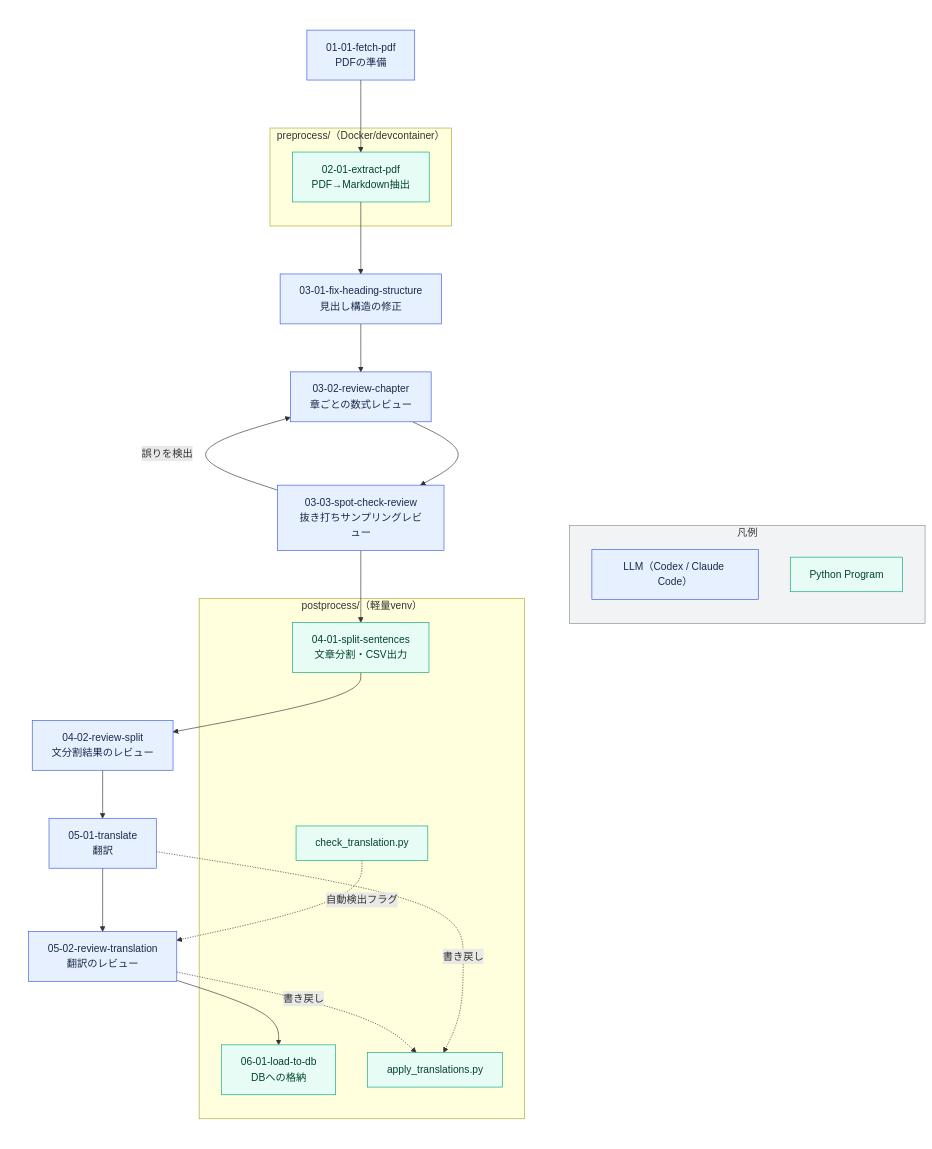
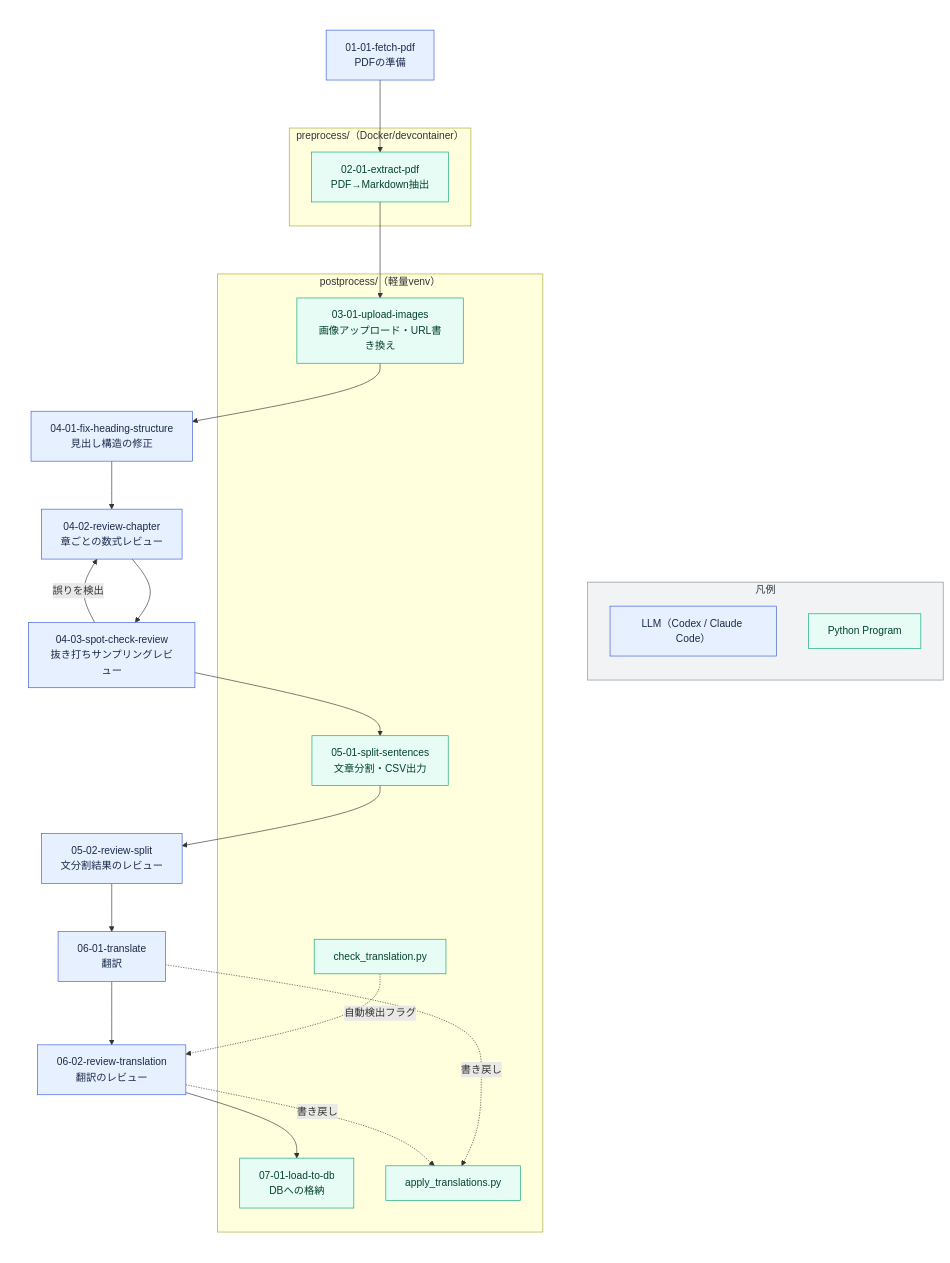
One commit to uk-lock/paper-reader changed the diagram in docs/01_workflow.md. Above: the diagram before and after it, drawn with Mermaid. The commit also changed other lines of this file and 50 other files, not shown here.

First line of the commit message:
図表画像のGoogle Driveアップロード・URL書き換えパイプラインを追加

````diff
--- a/docs/01_workflow.md
+++ b/docs/01_workflow.md
@@ -16,43 +16,45 @@
 ```mermaid
 flowchart LR
     subgraph pipeline[" "]
         direction TB
         S1["01-01-fetch-pdf<br/>PDFの準備"]:::llm --> S2["02-01-extract-pdf<br/>PDF→Markdown抽出"]:::prog
-        S2 --> S3["03-01-fix-heading-structure<br/>見出し構造の修正"]:::llm
-        S3 --> S4["03-02-review-chapter<br/>章ごとの数式レビュー"]:::llm
-        S4 --> S5["03-03-spot-check-review<br/>抜き打ちサンプリングレビュー"]:::llm
-        S5 -- 誤りを検出 --> S4
-        S5 --> S6["04-01-split-sentences<br/>文章分割・CSV出力"]:::prog
-        S6 --> S7["04-02-review-split<br/>文分割結果のレビュー"]:::llm
-        S7 --> S8["05-01-translate<br/>翻訳"]:::llm
-        S8 --> S9["05-02-review-translation<br/>翻訳のレビュー"]:::llm
-        S9 --> S10["06-01-load-to-db<br/>DBへの格納"]:::prog
+        S2 --> S3["03-01-upload-images<br/>画像アップロード・URL書き換え"]:::prog
+        S3 --> S4["04-01-fix-heading-structure<br/>見出し構造の修正"]:::llm
+        S4 --> S5["04-02-review-chapter<br/>章ごとの数式レビュー"]:::llm
+        S5 --> S6["04-03-spot-check-review<br/>抜き打ちサンプリングレビュー"]:::llm
+        S6 -- 誤りを検出 --> S5
+        S6 --> S7["05-01-split-sentences<br/>文章分割・CSV出力"]:::prog
+        S7 --> S8["05-02-review-split<br/>文分割結果のレビュー"]:::llm
+        S8 --> S9["06-01-translate<br/>翻訳"]:::llm
+        S9 --> S10["06-02-review-translation<br/>翻訳のレビュー"]:::llm
+        S10 --> S11["07-01-load-to-db<br/>DBへの格納"]:::prog
 
-        S8 -. 書き戻し .-> S8fn["apply_translations.py"]:::prog
-        S9 -. 書き戻し .-> S8fn
-        S9fn["check_translation.py"]:::prog -. 自動検出フラグ .-> S9
+        S9 -. 書き戻し .-> Sfn1["apply_translations.py"]:::prog
+        S10 -. 書き戻し .-> Sfn1
+        Sfn2["check_translation.py"]:::prog -. 自動検出フラグ .-> S10
 
         subgraph preprocess["preprocess/（Docker/devcontainer）"]
             S2
         end
         subgraph postprocess["postprocess/（軽量venv）"]
-            S6
-            S8fn
-            S9fn
-            S10
+            S3
+            S7
+            Sfn1
+            Sfn2
+            S11
         end
     end
 
     subgraph legend["凡例"]
         direction TB
         LG1["LLM（Codex / Claude Code）"]:::llm
         LG2["Python Program"]:::prog
     end
 
     pipeline ~~~ legend
 
     classDef llm fill:#E7F0FF,stroke:#3B5BDB,color:#1B2A4A
     classDef prog fill:#E6FCF5,stroke:#0CA678,color:#04422E
     style legend fill:#F1F3F5,stroke:#868E96,color:#343A40
     style pipeline fill:none,stroke:none
 ```
````
